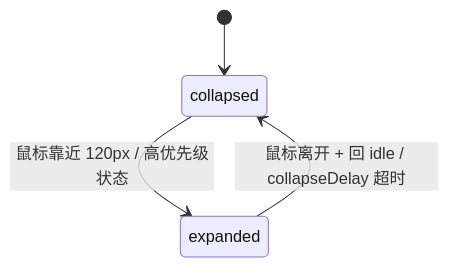
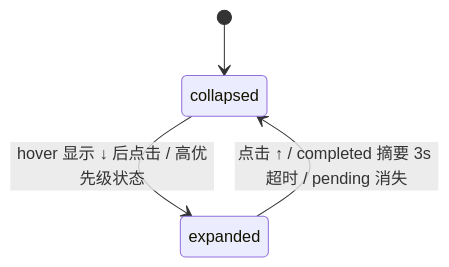
The first of 2 diagrams in DevDocs/features.md (BinaryFroggy/Hopet), drawn with Mermaid before and after one commit. The commit also changed other lines of this file and 4 other files, not shown here.

````diff
--- a/DevDocs/features.md
+++ b/DevDocs/features.md
@@ -100,6 +100,6 @@
 ```mermaid
 stateDiagram-v2
     [*] --> collapsed
-    collapsed --> expanded: 鼠标靠近 120px / 高优先级状态
-    expanded --> collapsed: 鼠标离开 + 回 idle / collapseDelay 超时
+    collapsed --> expanded: hover 显示 ↓ 后点击 / 高优先级状态
+    expanded --> collapsed: 点击 ↑ / completed 摘要 3s 超时 / pending 消失
 ```
````
